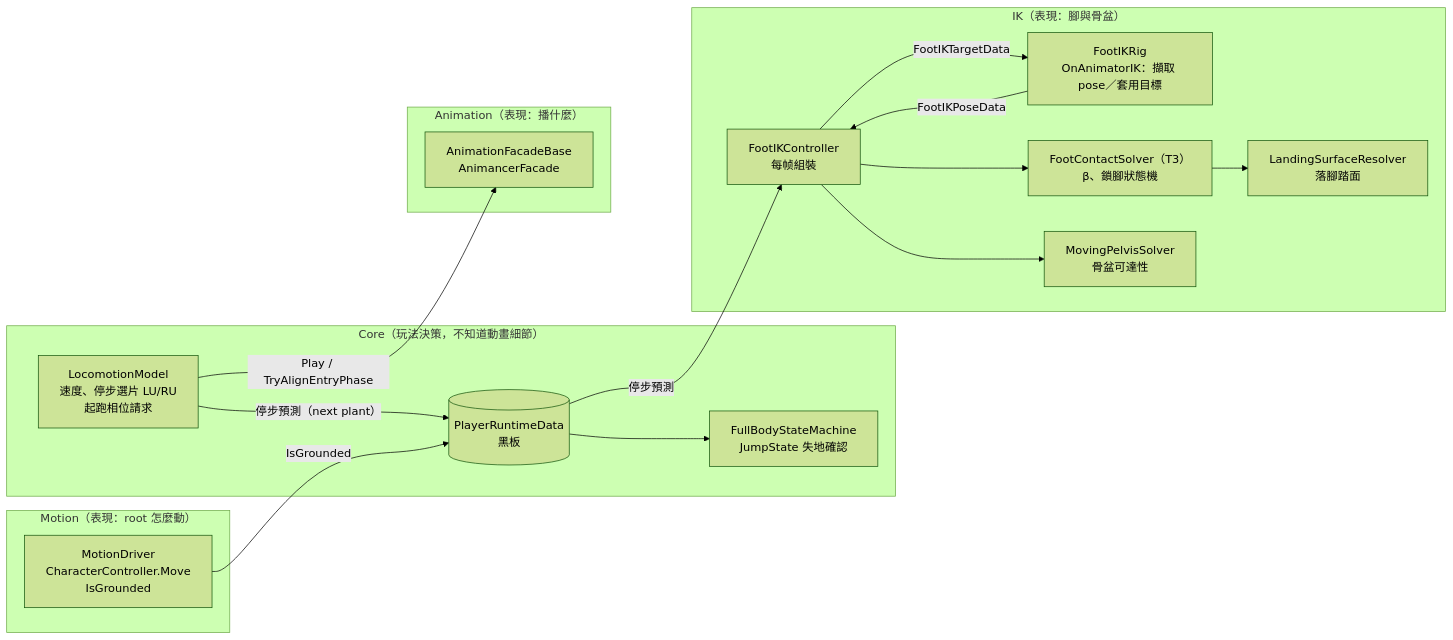
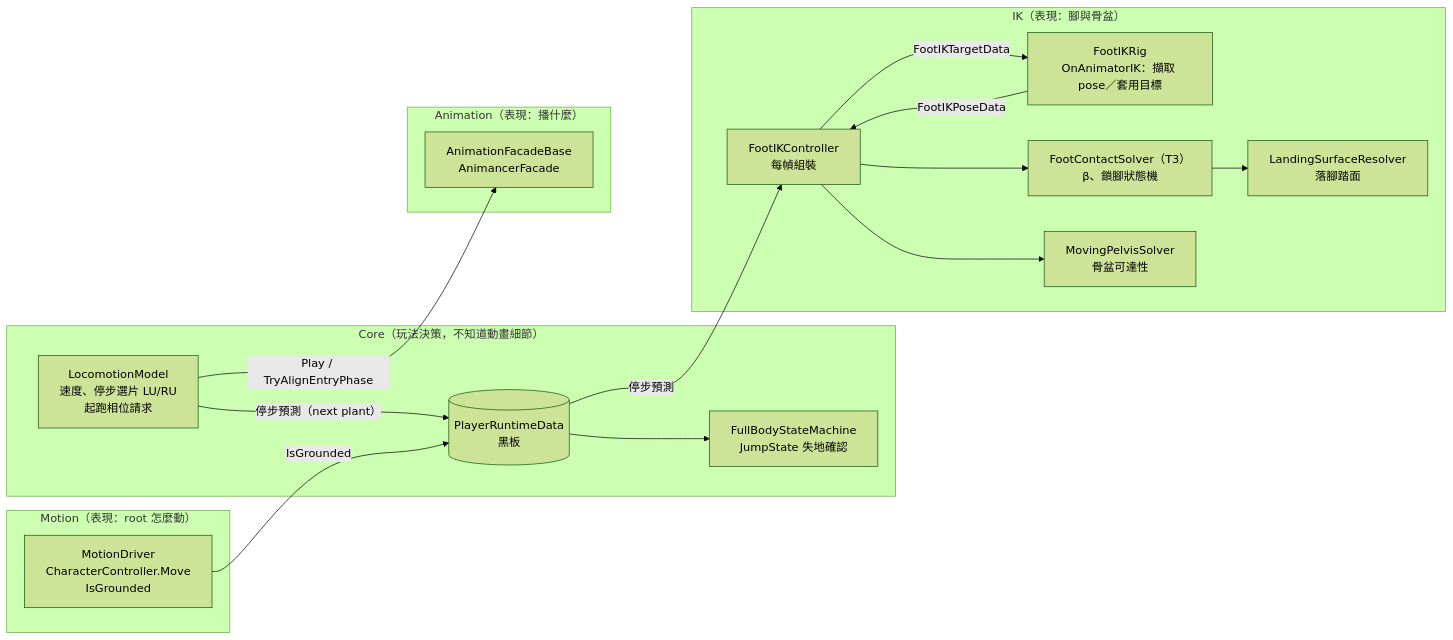
The first of 3 diagrams in docs/49-foot-contact-learning-guide.md (Baka8787/IntentPipeline), drawn with Mermaid (forest theme) before and after one commit. The commit also changed other lines of this file and 2 other files, not shown here.

````diff
--- a/docs/49-foot-contact-learning-guide.md
+++ b/docs/49-foot-contact-learning-guide.md
@@ -53,30 +67,30 @@
 ```mermaid
 flowchart LR
   subgraph Core["Core（玩法決策，不知道動畫細節）"]
     LM["LocomotionModel<br/>速度、停步選片 LU/RU<br/>起跑相位請求"]
     FSM["FullBodyStateMachine<br/>JumpState 失地確認"]
     BB[("PlayerRuntimeData<br/>黑板")]
   end
   subgraph Anim["Animation（表現：播什麼）"]
     AF["AnimationFacadeBase<br/>AnimancerFacade"]
   end
   subgraph Motion["Motion（表現：root 怎麼動）"]
     MD["MotionDriver<br/>CharacterController.Move<br/>IsGrounded"]
   end
   subgraph IK["IK（表現：腳與骨盆）"]
     RIG["FootIKRig<br/>OnAnimatorIK：擷取 pose／套用目標"]
-    FIC["FootIKController<br/>每帧組裝"]
+    FIC["FootIKController<br/>每幀組裝"]
     T3["FootContactSolver（T3）<br/>β、鎖腳狀態機"]
     LSR["LandingSurfaceResolver<br/>落腳踏面"]
     MPS["MovingPelvisSolver<br/>骨盆可達性"]
   end
   LM -- "停步預測（next plant）" --> BB
   MD -- "IsGrounded" --> BB
   BB --> FSM
   LM -- "Play / TryAlignEntryPhase" --> AF
   BB -- "停步預測" --> FIC
   RIG -- "FootIKPoseData" --> FIC
   FIC --> T3 --> LSR
   FIC --> MPS
   FIC -- "FootIKTargetData" --> RIG
 ```
````
